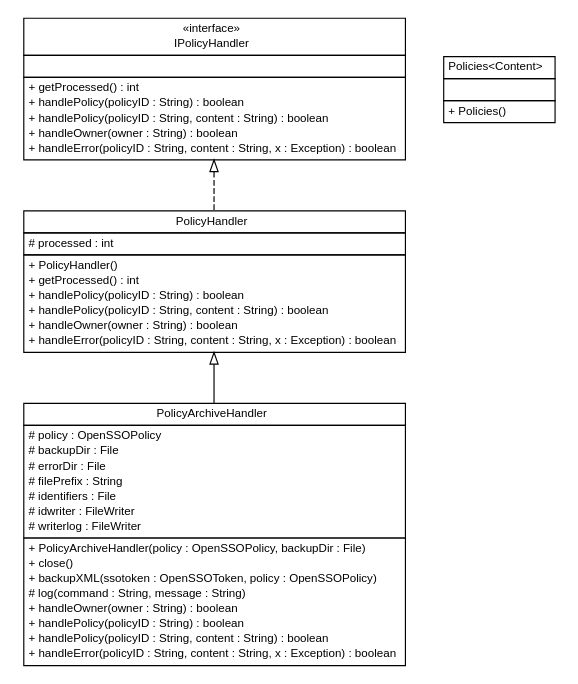
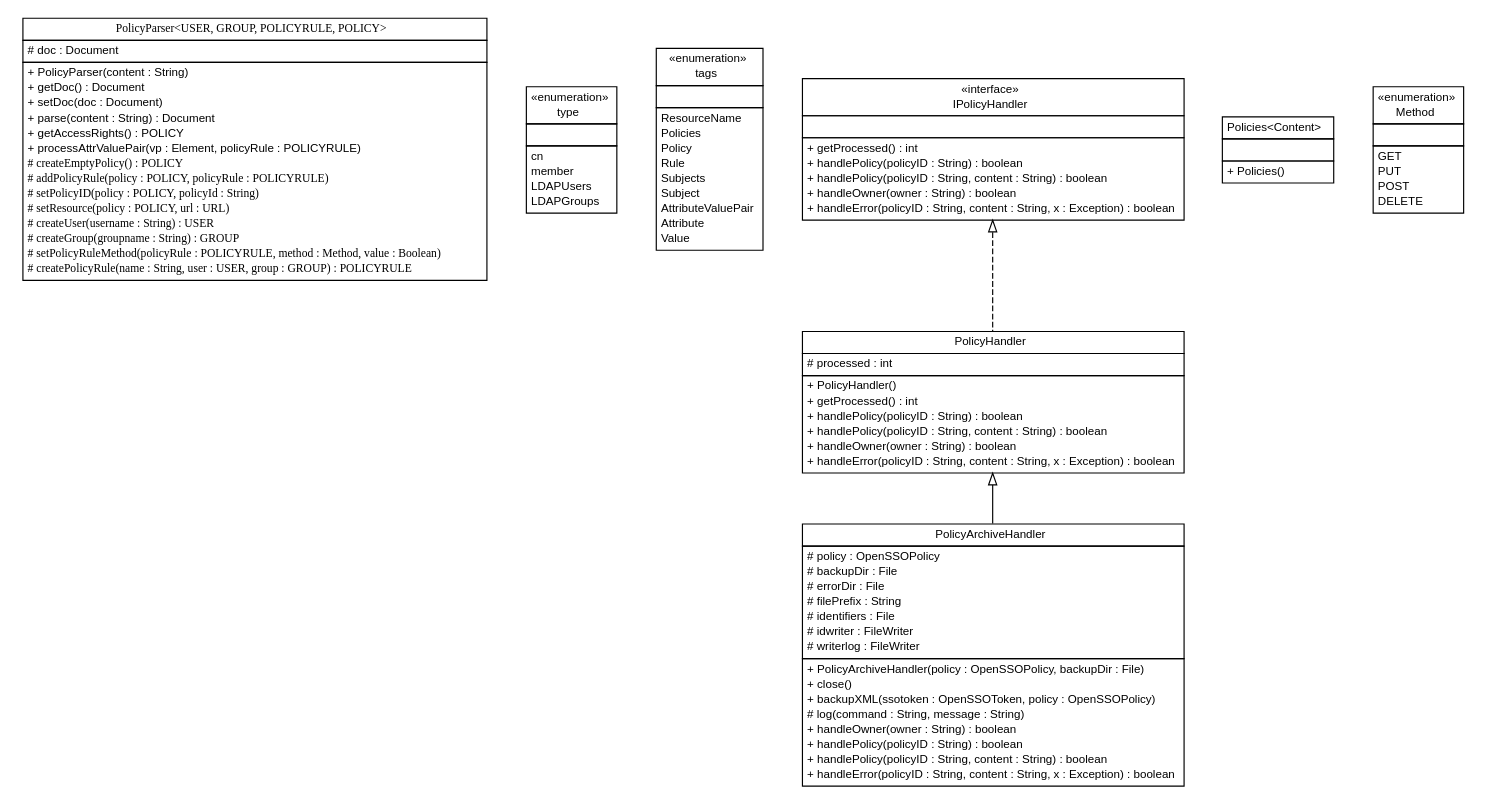
One commit to vedina/opentox-aa-cli changed the diagram in apidocs/org/opentox/aa/policy/org.opentox.aa.policy.dot. Above: the diagram before and after it, drawn with Graphviz. The commit also changed 190 other files, not shown here.

```diff
--- a/apidocs/org/opentox/aa/policy/org.opentox.aa.policy.dot
+++ b/apidocs/org/opentox/aa/policy/org.opentox.aa.policy.dot
@@ -1,85 +1,163 @@
 #!/usr/local/bin/dot
 #
 # Class diagram 
 # Generated by UmlGraph version 4.6 (http://www.spinellis.gr/sw/umlgraph)
 #
 
 digraph G {
 	edge [fontname="arial",fontsize=10,labelfontname="arial",labelfontsize=10];
 	node [fontname="arial",fontsize=10,shape=plaintext];
+	// org.opentox.aa.policy.PolicyParser<USER, GROUP, POLICYRULE, POLICY>
+	c140 [label=<<table border="0" cellborder="1" cellspacing="0" cellpadding="2" port="p" href="./PolicyParser.html">
+		<tr><td><table border="0" cellspacing="0" cellpadding="1">
+			<tr><td><font face="ariali"> PolicyParser&lt;USER, GROUP, POLICYRULE, POLICY&gt; </font></td></tr>
+		</table></td></tr>
+		<tr><td><table border="0" cellspacing="0" cellpadding="1">
+			<tr><td align="left"> # doc : Document </td></tr>
+		</table></td></tr>
+		<tr><td><table border="0" cellspacing="0" cellpadding="1">
+			<tr><td align="left"> + PolicyParser(content : String) </td></tr>
+			<tr><td align="left"> + getDoc() : Document </td></tr>
+			<tr><td align="left"> + setDoc(doc : Document) </td></tr>
+			<tr><td align="left"> + parse(content : String) : Document </td></tr>
+			<tr><td align="left"> + getAccessRights() : POLICY </td></tr>
+			<tr><td align="left"> + processAttrValuePair(vp : Element, policyRule : POLICYRULE) </td></tr>
+			<tr><td align="left"><font face="ariali" point-size="10.0"> # createEmptyPolicy() : POLICY </font></td></tr>
+			<tr><td align="left"><font face="ariali" point-size="10.0"> # addPolicyRule(policy : POLICY, policyRule : POLICYRULE) </font></td></tr>
+			<tr><td align="left"><font face="ariali" point-size="10.0"> # setPolicyID(policy : POLICY, policyId : String) </font></td></tr>
+			<tr><td align="left"><font face="ariali" point-size="10.0"> # setResource(policy : POLICY, url : URL) </font></td></tr>
+			<tr><td align="left"><font face="ariali" point-size="10.0"> # createUser(username : String) : USER </font></td></tr>
+			<tr><td align="left"><font face="ariali" point-size="10.0"> # createGroup(groupname : String) : GROUP </font></td></tr>
+			<tr><td align="left"><font face="ariali" point-size="10.0"> # setPolicyRuleMethod(policyRule : POLICYRULE, method : Method, value : Boolean) </font></td></tr>
+			<tr><td align="left"><font face="ariali" point-size="10.0"> # createPolicyRule(name : String, user : USER, group : GROUP) : POLICYRULE </font></td></tr>
+		</table></td></tr>
+		</table>>, fontname="arial", fontcolor="black", fontsize=10.0];
+	// org.opentox.aa.policy.PolicyParser.type
+	c141 [label=<<table border="0" cellborder="1" cellspacing="0" cellpadding="2" port="p" href="./PolicyParser.type.html">
+		<tr><td><table border="0" cellspacing="0" cellpadding="1">
+			<tr><td> &laquo;enumeration&raquo; </td></tr>
+			<tr><td> type </td></tr>
+		</table></td></tr>
+		<tr><td><table border="0" cellspacing="0" cellpadding="1">
+			<tr><td align="left">  </td></tr>
+		</table></td></tr>
+		<tr><td><table border="0" cellspacing="0" cellpadding="1">
+			<tr><td align="left"> cn </td></tr>
+			<tr><td align="left"> member </td></tr>
+			<tr><td align="left"> LDAPUsers </td></tr>
+			<tr><td align="left"> LDAPGroups </td></tr>
+		</table></td></tr>
+		</table>>, fontname="arial", fontcolor="black", fontsize=10.0];
+	// org.opentox.aa.policy.PolicyParser.tags
+	c142 [label=<<table border="0" cellborder="1" cellspacing="0" cellpadding="2" port="p" href="./PolicyParser.tags.html">
+		<tr><td><table border="0" cellspacing="0" cellpadding="1">
+			<tr><td> &laquo;enumeration&raquo; </td></tr>
+			<tr><td> tags </td></tr>
+		</table></td></tr>
+		<tr><td><table border="0" cellspacing="0" cellpadding="1">
+			<tr><td align="left">  </td></tr>
+		</table></td></tr>
+		<tr><td><table border="0" cellspacing="0" cellpadding="1">
+			<tr><td align="left"> ResourceName </td></tr>
+			<tr><td align="left"> Policies </td></tr>
+			<tr><td align="left"> Policy </td></tr>
+			<tr><td align="left"> Rule </td></tr>
+			<tr><td align="left"> Subjects </td></tr>
+			<tr><td align="left"> Subject </td></tr>
+			<tr><td align="left"> AttributeValuePair </td></tr>
+			<tr><td align="left"> Attribute </td></tr>
+			<tr><td align="left"> Value </td></tr>
+		</table></td></tr>
+		</table>>, fontname="arial", fontcolor="black", fontsize=10.0];
 	// org.opentox.aa.policy.PolicyHandler
-	c124 [label=<<table border="0" cellborder="1" cellspacing="0" cellpadding="2" port="p" href="./PolicyHandler.html">
+	c143 [label=<<table border="0" cellborder="1" cellspacing="0" cellpadding="2" port="p" href="./PolicyHandler.html">
 		<tr><td><table border="0" cellspacing="0" cellpadding="1">
 			<tr><td> PolicyHandler </td></tr>
 		</table></td></tr>
 		<tr><td><table border="0" cellspacing="0" cellpadding="1">
 			<tr><td align="left"> # processed : int </td></tr>
 		</table></td></tr>
 		<tr><td><table border="0" cellspacing="0" cellpadding="1">
 			<tr><td align="left"> + PolicyHandler() </td></tr>
 			<tr><td align="left"> + getProcessed() : int </td></tr>
 			<tr><td align="left"> + handlePolicy(policyID : String) : boolean </td></tr>
 			<tr><td align="left"> + handlePolicy(policyID : String, content : String) : boolean </td></tr>
 			<tr><td align="left"> + handleOwner(owner : String) : boolean </td></tr>
 			<tr><td align="left"> + handleError(policyID : String, content : String, x : Exception) : boolean </td></tr>
 		</table></td></tr>
 		</table>>, fontname="arial", fontcolor="black", fontsize=10.0];
 	// org.opentox.aa.policy.PolicyArchiveHandler
-	c125 [label=<<table border="0" cellborder="1" cellspacing="0" cellpadding="2" port="p" href="./PolicyArchiveHandler.html">
+	c144 [label=<<table border="0" cellborder="1" cellspacing="0" cellpadding="2" port="p" href="./PolicyArchiveHandler.html">
 		<tr><td><table border="0" cellspacing="0" cellpadding="1">
 			<tr><td> PolicyArchiveHandler </td></tr>
 		</table></td></tr>
 		<tr><td><table border="0" cellspacing="0" cellpadding="1">
 			<tr><td align="left"> # policy : OpenSSOPolicy </td></tr>
 			<tr><td align="left"> # backupDir : File </td></tr>
 			<tr><td align="left"> # errorDir : File </td></tr>
 			<tr><td align="left"> # filePrefix : String </td></tr>
 			<tr><td align="left"> # identifiers : File </td></tr>
 			<tr><td align="left"> # idwriter : FileWriter </td></tr>
 			<tr><td align="left"> # writerlog : FileWriter </td></tr>
 		</table></td></tr>
 		<tr><td><table border="0" cellspacing="0" cellpadding="1">
 			<tr><td align="left"> + PolicyArchiveHandler(policy : OpenSSOPolicy, backupDir : File) </td></tr>
 			<tr><td align="left"> + close() </td></tr>
 			<tr><td align="left"> + backupXML(ssotoken : OpenSSOToken, policy : OpenSSOPolicy) </td></tr>
 			<tr><td align="left"> # log(command : String, message : String) </td></tr>
 			<tr><td align="left"> + handleOwner(owner : String) : boolean </td></tr>
 			<tr><td align="left"> + handlePolicy(policyID : String) : boolean </td></tr>
 			<tr><td align="left"> + handlePolicy(policyID : String, content : String) : boolean </td></tr>
 			<tr><td align="left"> + handleError(policyID : String, content : String, x : Exception) : boolean </td></tr>
 		</table></td></tr>
 		</table>>, fontname="arial", fontcolor="black", fontsize=10.0];
 	// org.opentox.aa.policy.Policies<Content>
-	c126 [label=<<table border="0" cellborder="1" cellspacing="0" cellpadding="2" port="p" href="./Policies.html">
+	c145 [label=<<table border="0" cellborder="1" cellspacing="0" cellpadding="2" port="p" href="./Policies.html">
 		<tr><td><table border="0" cellspacing="0" cellpadding="1">
 			<tr><td> Policies&lt;Content&gt; </td></tr>
 		</table></td></tr>
 		<tr><td><table border="0" cellspacing="0" cellpadding="1">
 			<tr><td align="left">  </td></tr>
 		</table></td></tr>
 		<tr><td><table border="0" cellspacing="0" cellpadding="1">
 			<tr><td align="left"> + Policies() </td></tr>
 		</table></td></tr>
 		</table>>, fontname="arial", fontcolor="black", fontsize=10.0];
+	// org.opentox.aa.policy.Method
+	c146 [label=<<table border="0" cellborder="1" cellspacing="0" cellpadding="2" port="p" href="./Method.html">
+		<tr><td><table border="0" cellspacing="0" cellpadding="1">
+			<tr><td> &laquo;enumeration&raquo; </td></tr>
+			<tr><td> Method </td></tr>
+		</table></td></tr>
+		<tr><td><table border="0" cellspacing="0" cellpadding="1">
+			<tr><td align="left">  </td></tr>
+		</table></td></tr>
+		<tr><td><table border="0" cellspacing="0" cellpadding="1">
+			<tr><td align="left"> GET </td></tr>
+			<tr><td align="left"> PUT </td></tr>
+			<tr><td align="left"> POST </td></tr>
+			<tr><td align="left"> DELETE </td></tr>
+		</table></td></tr>
+		</table>>, fontname="arial", fontcolor="black", fontsize=10.0];
 	// org.opentox.aa.policy.IPolicyHandler
-	c127 [label=<<table border="0" cellborder="1" cellspacing="0" cellpadding="2" port="p" href="./IPolicyHandler.html">
+	c147 [label=<<table border="0" cellborder="1" cellspacing="0" cellpadding="2" port="p" href="./IPolicyHandler.html">
 		<tr><td><table border="0" cellspacing="0" cellpadding="1">
 			<tr><td> &laquo;interface&raquo; </td></tr>
 			<tr><td> IPolicyHandler </td></tr>
 		</table></td></tr>
 		<tr><td><table border="0" cellspacing="0" cellpadding="1">
 			<tr><td align="left">  </td></tr>
 		</table></td></tr>
 		<tr><td><table border="0" cellspacing="0" cellpadding="1">
 			<tr><td align="left"> + getProcessed() : int </td></tr>
 			<tr><td align="left"> + handlePolicy(policyID : String) : boolean </td></tr>
 			<tr><td align="left"> + handlePolicy(policyID : String, content : String) : boolean </td></tr>
 			<tr><td align="left"> + handleOwner(owner : String) : boolean </td></tr>
 			<tr><td align="left"> + handleError(policyID : String, content : String, x : Exception) : boolean </td></tr>
 		</table></td></tr>
 		</table>>, fontname="arial", fontcolor="black", fontsize=10.0];
 	//org.opentox.aa.policy.PolicyHandler implements org.opentox.aa.policy.IPolicyHandler
-	c127:p -> c124:p [dir=back,arrowtail=empty,style=dashed];
+	c147:p -> c143:p [dir=back,arrowtail=empty,style=dashed];
 	//org.opentox.aa.policy.PolicyArchiveHandler extends org.opentox.aa.policy.PolicyHandler
-	c124:p -> c125:p [dir=back,arrowtail=empty];
+	c143:p -> c144:p [dir=back,arrowtail=empty];
 }
```
